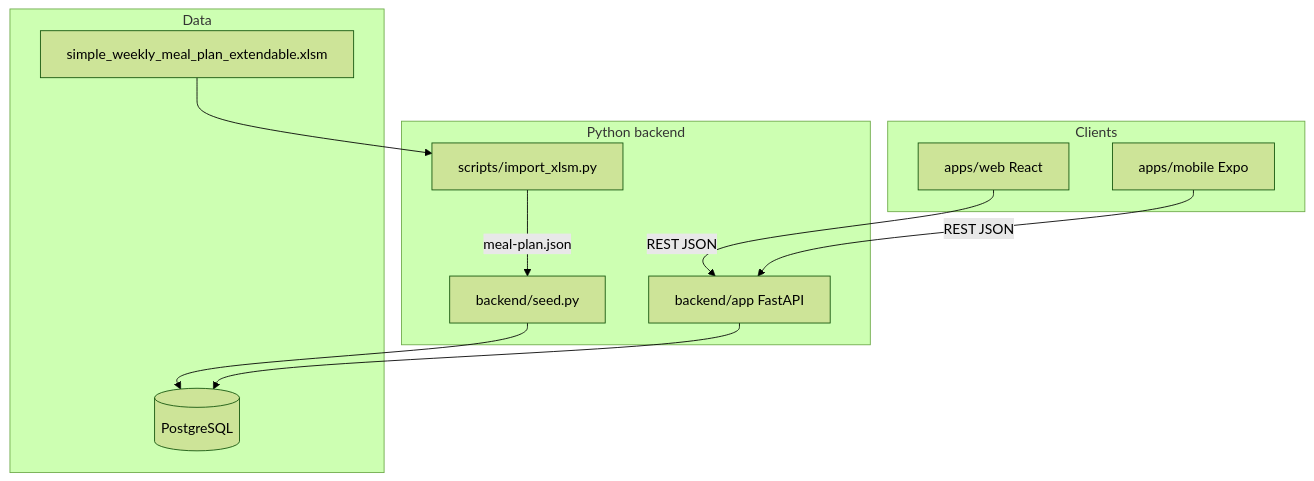
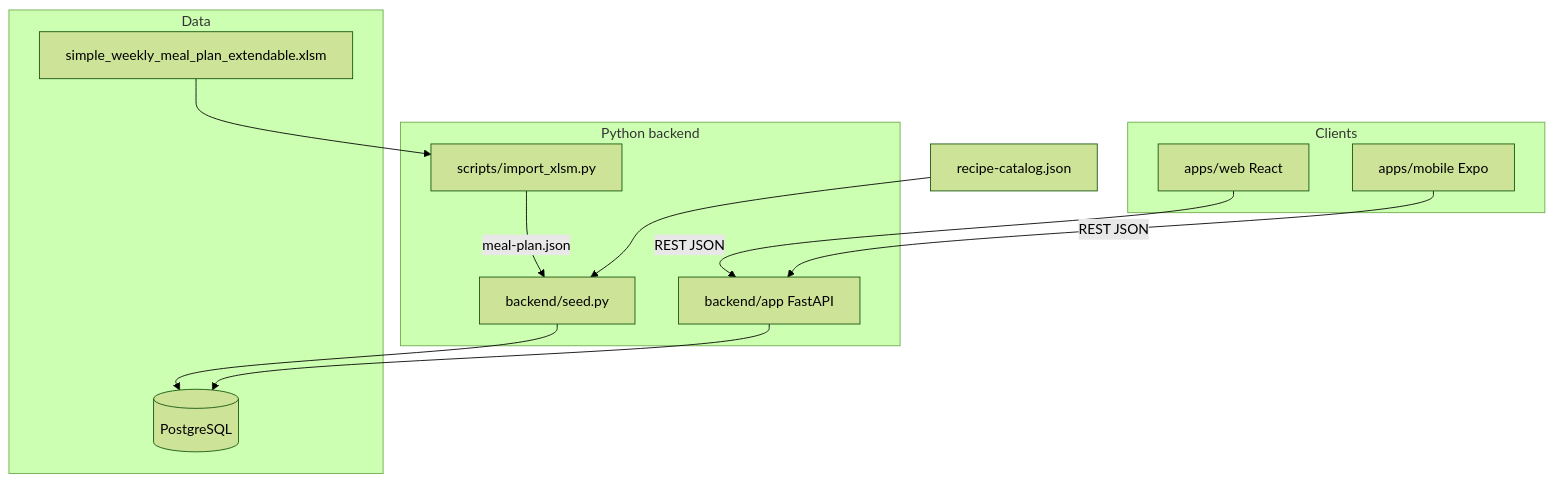
The first of 2 diagrams in docs/ARCHITECTURE.md (yayatitech/DailyDiet), drawn with Mermaid (forest theme) before and after one commit. The commit also changed other lines of this file and 22 other files, not shown here.

First line of the commit message:
Add meal items, recipe catalog, and fix bcrypt auth crash

````diff
--- a/docs/ARCHITECTURE.md
+++ b/docs/ARCHITECTURE.md
@@ -9,24 +9,25 @@
 ```mermaid
 flowchart TB
   subgraph clients [Clients]
     web["apps/web React"]
     mobile["apps/mobile Expo"]
   end
 
   subgraph backend [Python backend]
     api["backend/app FastAPI"]
     seed["backend/seed.py"]
     import_py["scripts/import_xlsm.py"]
   end
 
   subgraph data [Data]
     pg[("PostgreSQL")]
     xlsm["simple_weekly_meal_plan_extendable.xlsm"]
   end
 
   web -->|REST JSON| api
   mobile -->|REST JSON| api
   xlsm --> import_py -->|meal-plan.json| seed
+  catalog_json["recipe-catalog.json"] --> seed
   seed --> pg
   api --> pg
 ```
````
